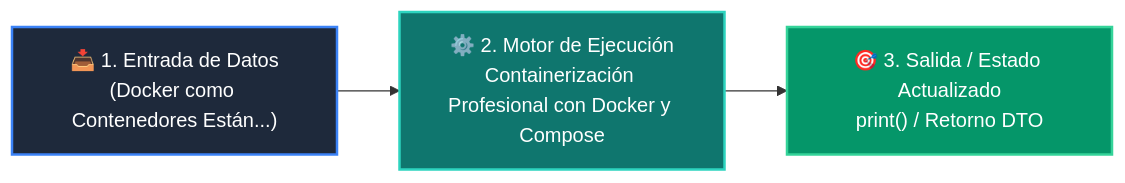
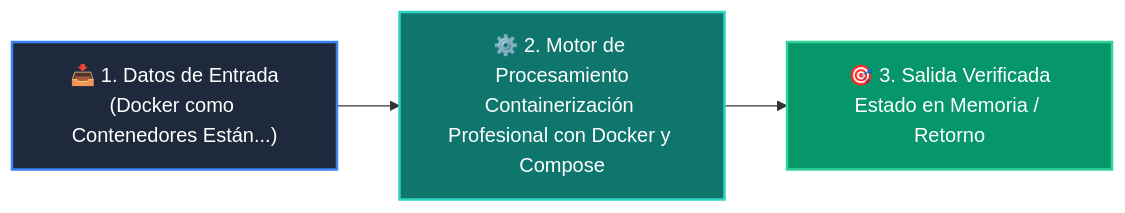
The diagram in 04-proyecto-final/clase-07-docker-y-compose/README.md (wisrovi/wisrovi-python), drawn with Mermaid before and after one commit. The commit also changed other lines of this file and 226 other files, not shown here.

Commit message:
docs: elevate all repository READMEs to world-class mastery standard with rich pedagogical architecture, custom Mermaids, and professional styling

````diff
--- a/04-proyecto-final/clase-07-docker-y-compose/README.md
+++ b/04-proyecto-final/clase-07-docker-y-compose/README.md
@@ -12,9 +26,9 @@
 ```mermaid
 flowchart LR
-    A["📥 1. Entrada de Datos<br/>(Docker como Contenedores Están...)"] --> B["⚙️ 2. Motor de Ejecución<br/>Containerización Profesional con Docker y Compose"]
-    B --> C["🎯 3. Salida / Estado Actualizado<br/>print() / Retorno DTO"]
+    IN["📥 1. Datos de Entrada<br/>(Docker como Contenedores Están...)"] --> ENG["⚙️ 2. Motor de Procesamiento<br/>Containerización Profesional con Docker y Compose"]
+    ENG --> OUT["🎯 3. Salida Verificada<br/>Estado en Memoria / Retorno"]
 
-    style A fill:#1e293b,color:#ffffff,stroke:#3b82f6,stroke-width:2px
-    style B fill:#0f766e,color:#ffffff,stroke:#2dd4bf,stroke-width:2px
-    style C fill:#059669,color:#ffffff,stroke:#34d399,stroke-width:2px
+    style IN fill:#1e293b,color:#ffffff,stroke:#3b82f6,stroke-width:2px
+    style ENG fill:#0f766e,color:#ffffff,stroke:#2dd4bf,stroke-width:2px
+    style OUT fill:#059669,color:#ffffff,stroke:#34d399,stroke-width:2px
 ```
````
